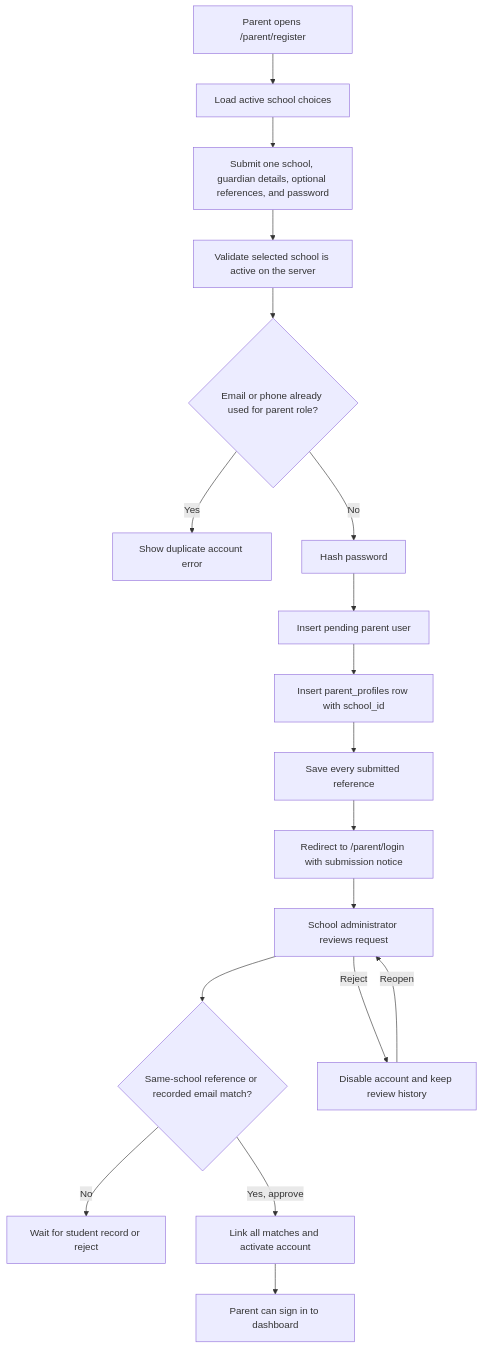
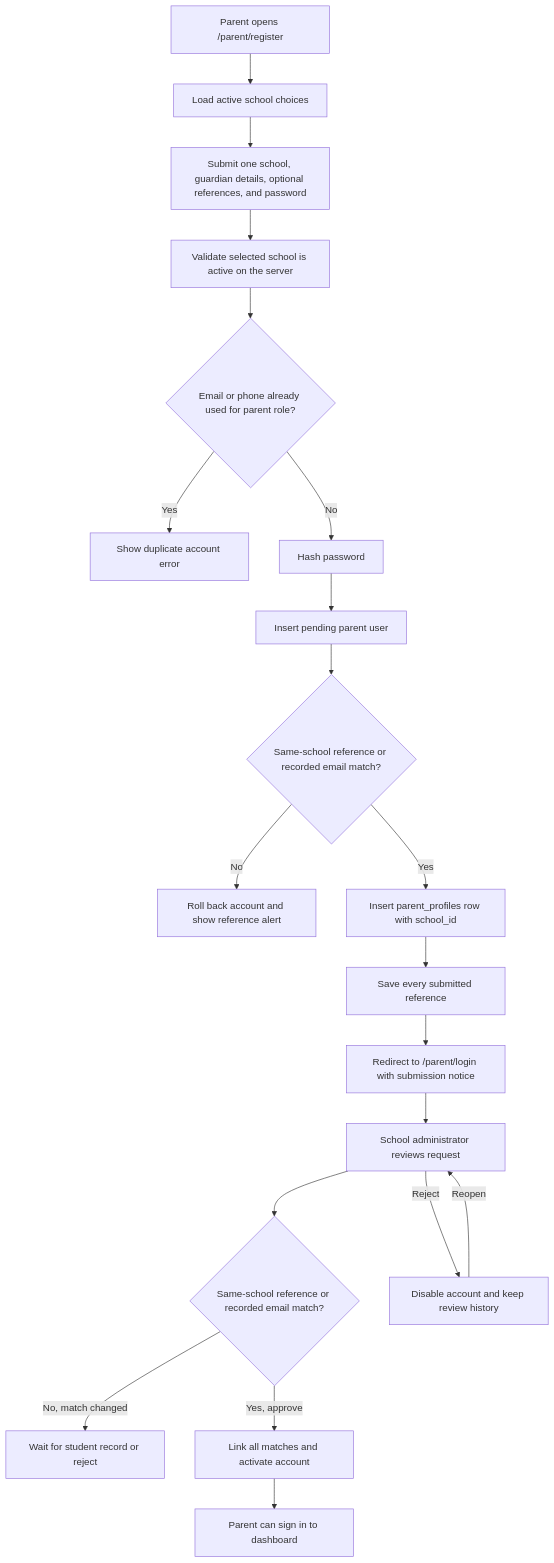
Before and after one commit to Xeyn19/xmetapay: diagram 11 of 23 in docs/PROJECT_FLOWCHARTS.md, drawn with Mermaid. The commit also changed other lines of this file and 13 other files, not shown here.

````diff
--- a/docs/PROJECT_FLOWCHARTS.md
+++ b/docs/PROJECT_FLOWCHARTS.md
@@ -407,20 +407,22 @@
 ```mermaid
 flowchart TD
   A["Parent opens /parent/register"] --> B["Load active school choices"]
   B --> C["Submit one school, guardian details, optional references, and password"]
   C --> C2["Validate selected school is active on the server"]
   C2 --> D{"Email or phone already used for parent role?"}
   D -->|Yes| E["Show duplicate account error"]
   D -->|No| F["Hash password"]
   F --> G["Insert pending parent user"]
-  G --> H["Insert parent_profiles row with school_id"]
+  G --> G2{"Same-school reference or recorded email match?"}
+  G2 -->|No| G3["Roll back account and show reference alert"]
+  G2 -->|Yes| H["Insert parent_profiles row with school_id"]
   H --> I["Save every submitted reference"]
   I --> J["Redirect to /parent/login with submission notice"]
   J --> K["School administrator reviews request"]
   K --> L{"Same-school reference or recorded email match?"}
-  L -->|No| M["Wait for student record or reject"]
+  L -->|No, match changed| M["Wait for student record or reject"]
   L -->|Yes, approve| N["Link all matches and activate account"]
   K -->|Reject| O["Disable account and keep review history"]
   O -->|Reopen| K
   N --> P["Parent can sign in to dashboard"]
 ```
````
